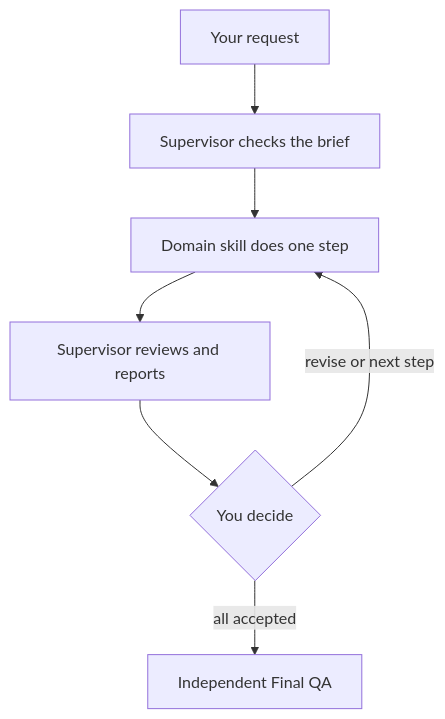
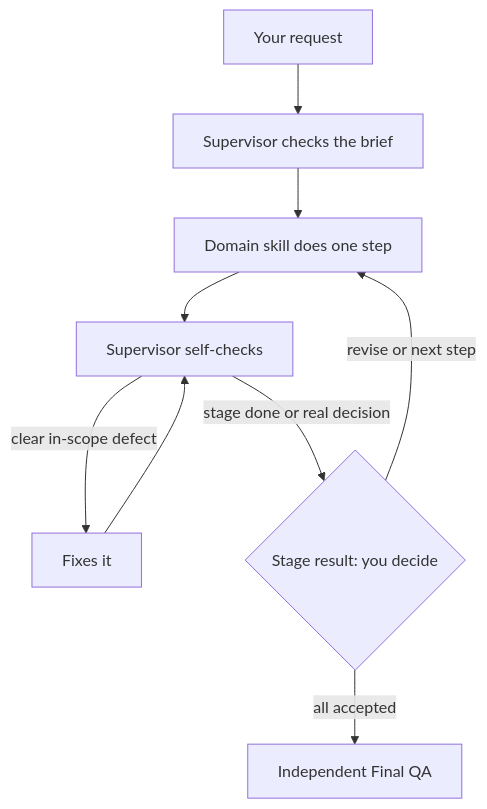
One commit to Della-Mahmoudi/product-design-workflow changed the diagram in README.md. Above: the diagram before and after it, drawn with Mermaid.

Commit message:
README: update workflow diagram for self-check and stage pauses

````diff
--- a/README.md
+++ b/README.md
@@ -121,9 +121,11 @@
 ```mermaid
 flowchart TD
     A["Your request"] --> B["Supervisor checks the brief"]
     B --> C["Domain skill does one step"]
-    C --> D["Supervisor reviews and reports"]
-    D --> E{"You decide"}
+    C --> D["Supervisor self-checks"]
+    D -- "clear in-scope defect" --> G["Fixes it"]
+    G --> D
+    D -- "stage done or real decision" --> E{"Stage result: you decide"}
     E -- "revise or next step" --> C
     E -- "all accepted" --> F["Independent Final QA"]
 ```
````
